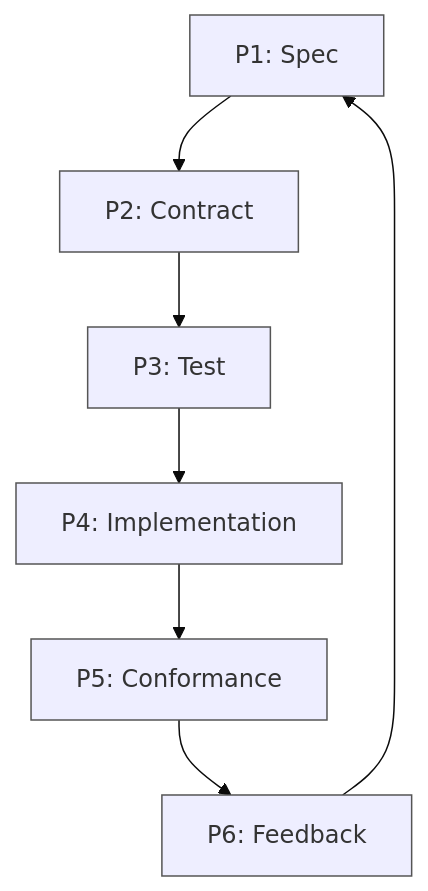
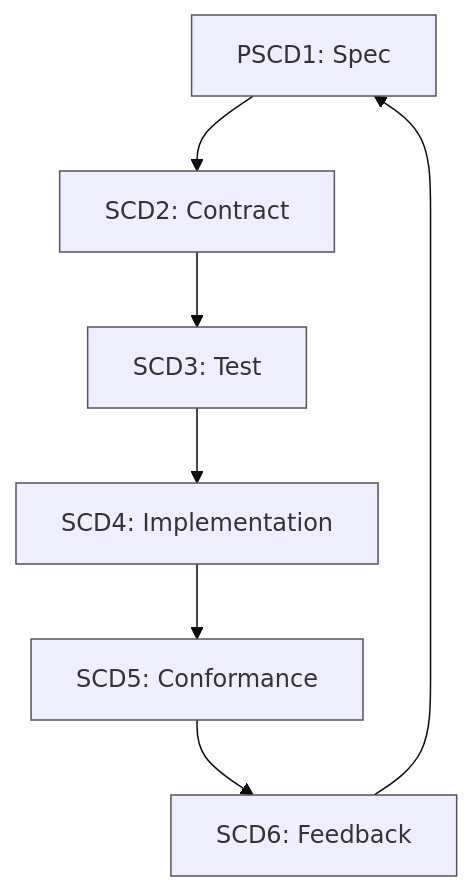
One commit to tkoba0410/DocFoundry changed the first of 2 diagrams in 0-standards/2-scd/G0200-STD-SCD0-CycleOverview.md. Above: the diagram before and after it, drawn with Mermaid (base theme). The commit also changed other lines of this file and 8 other files, not shown here.

````diff
--- a/0-standards/2-scd/G0200-STD-SCD0-CycleOverview.md
+++ b/0-standards/2-scd/G0200-STD-SCD0-CycleOverview.md
@@ -79,11 +79,11 @@
 ```mermaid
 flowchart TD
-    A[P1: Spec] --> B[P2: Contract]
-    B --> C[P3: Test]
-    C --> D[P4: Implementation]
-    D --> E[P5: Conformance]
-    E --> F[P6: Feedback]
+    A[PSCD1: Spec] --> B[SCD2: Contract]
+    B --> C[SCD3: Test]
+    C --> D[SCD4: Implementation]
+    D --> E[SCD5: Conformance]
+    E --> F[SCD6: Feedback]
     F --> A
     classDef phase fill:#eef,stroke:#555,stroke-width:1px;
     class A,B,C,D,E,F phase;
 ```
````
